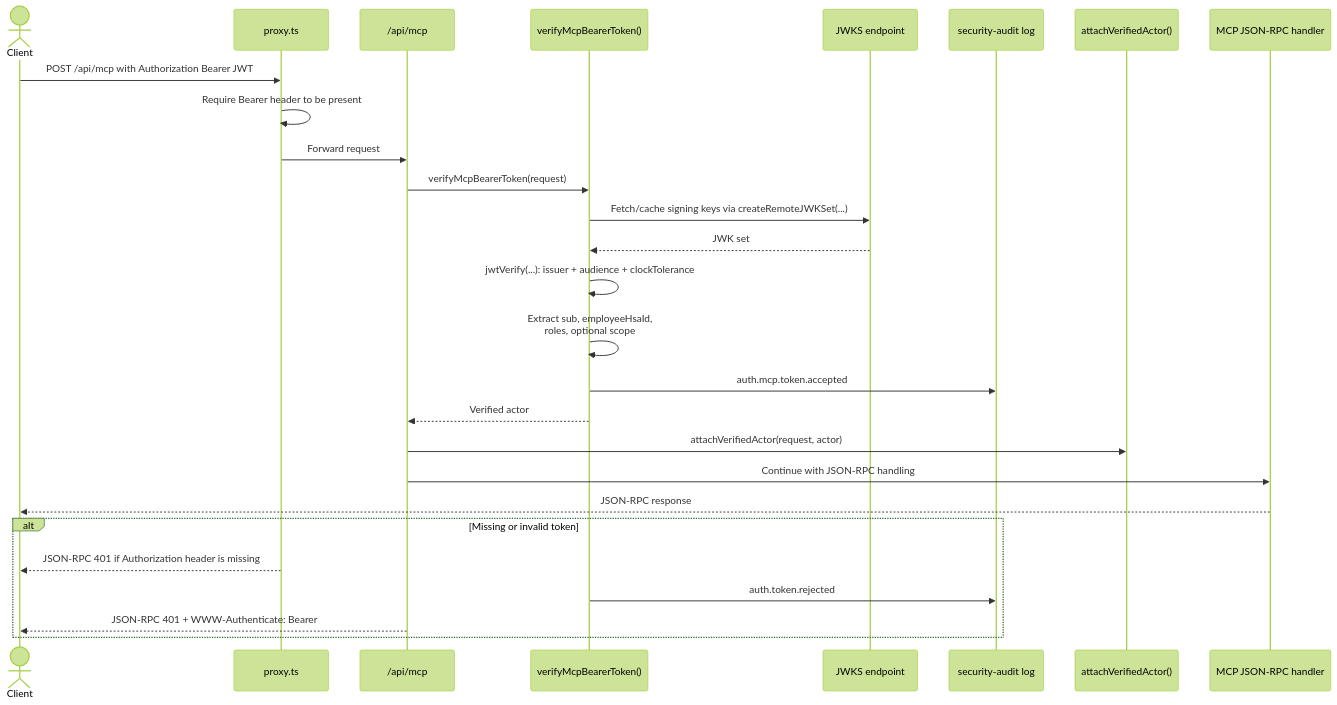
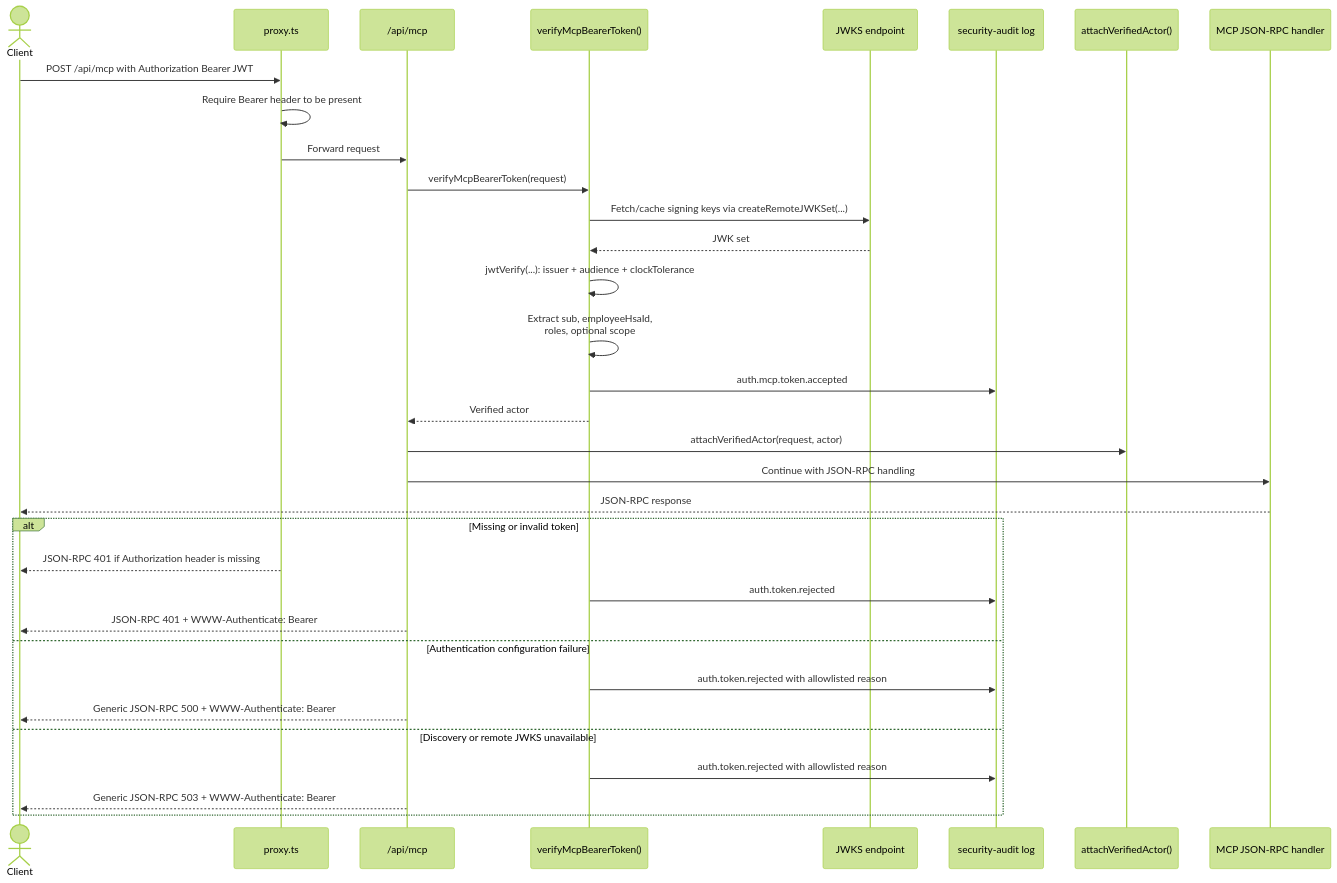
The second of 2 diagrams in docs/security-privacy/auth-how-it-works.md (johlju/Kravhantering), drawn with Mermaid (forest theme) before and after one commit. The commit also changed other lines of this file and 13 other files, not shown here.

````diff
--- a/docs/security-privacy/auth-how-it-works.md
+++ b/docs/security-privacy/auth-how-it-works.md
@@ -172,31 +172,37 @@
 ```mermaid
 sequenceDiagram
     actor Client
     participant Proxy as proxy.ts
     participant Route as /api/mcp
     participant Verify as verifyMcpBearerToken()
     participant JWKS as JWKS endpoint
     participant Audit as security-audit log
     participant Attach as attachVerifiedActor()
     participant Handler as MCP JSON-RPC handler
 
     Client->>Proxy: POST /api/mcp with Authorization Bearer JWT
     Proxy->>Proxy: Require Bearer header to be present
     Proxy->>Route: Forward request
     Route->>Verify: verifyMcpBearerToken(request)
     Verify->>JWKS: Fetch/cache signing keys via createRemoteJWKSet(...)
     JWKS-->>Verify: JWK set
     Verify->>Verify: jwtVerify(...): issuer + audience + clockTolerance
     Verify->>Verify: Extract sub, employeeHsaId,<br/>roles, optional scope
     Verify->>Audit: auth.mcp.token.accepted
     Verify-->>Route: Verified actor
     Route->>Attach: attachVerifiedActor(request, actor)
     Route->>Handler: Continue with JSON-RPC handling
     Handler-->>Client: JSON-RPC response
 
     alt Missing or invalid token
         Proxy-->>Client: JSON-RPC 401 if Authorization header is missing
         Verify->>Audit: auth.token.rejected
         Route-->>Client: JSON-RPC 401 + WWW-Authenticate: Bearer
+    else Authentication configuration failure
+        Verify->>Audit: auth.token.rejected with allowlisted reason
+        Route-->>Client: Generic JSON-RPC 500 + WWW-Authenticate: Bearer
+    else Discovery or remote JWKS unavailable
+        Verify->>Audit: auth.token.rejected with allowlisted reason
+        Route-->>Client: Generic JSON-RPC 503 + WWW-Authenticate: Bearer
     end
 ```
````
